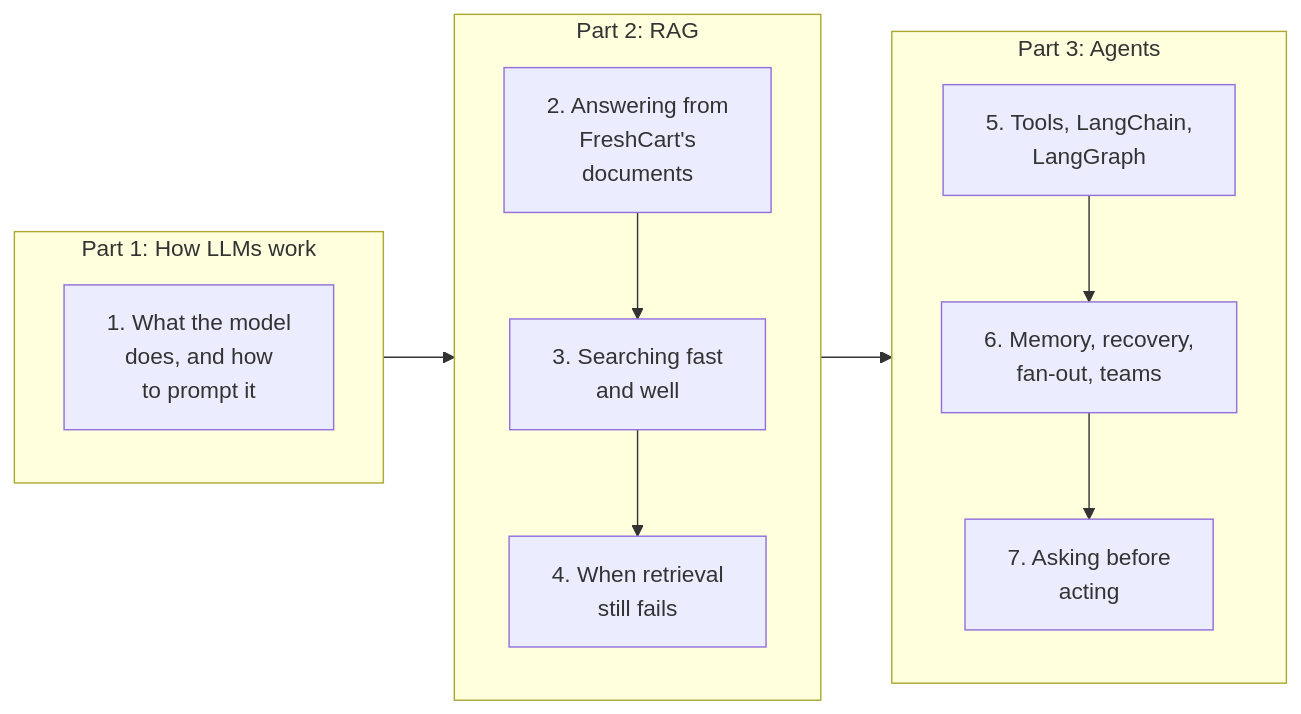
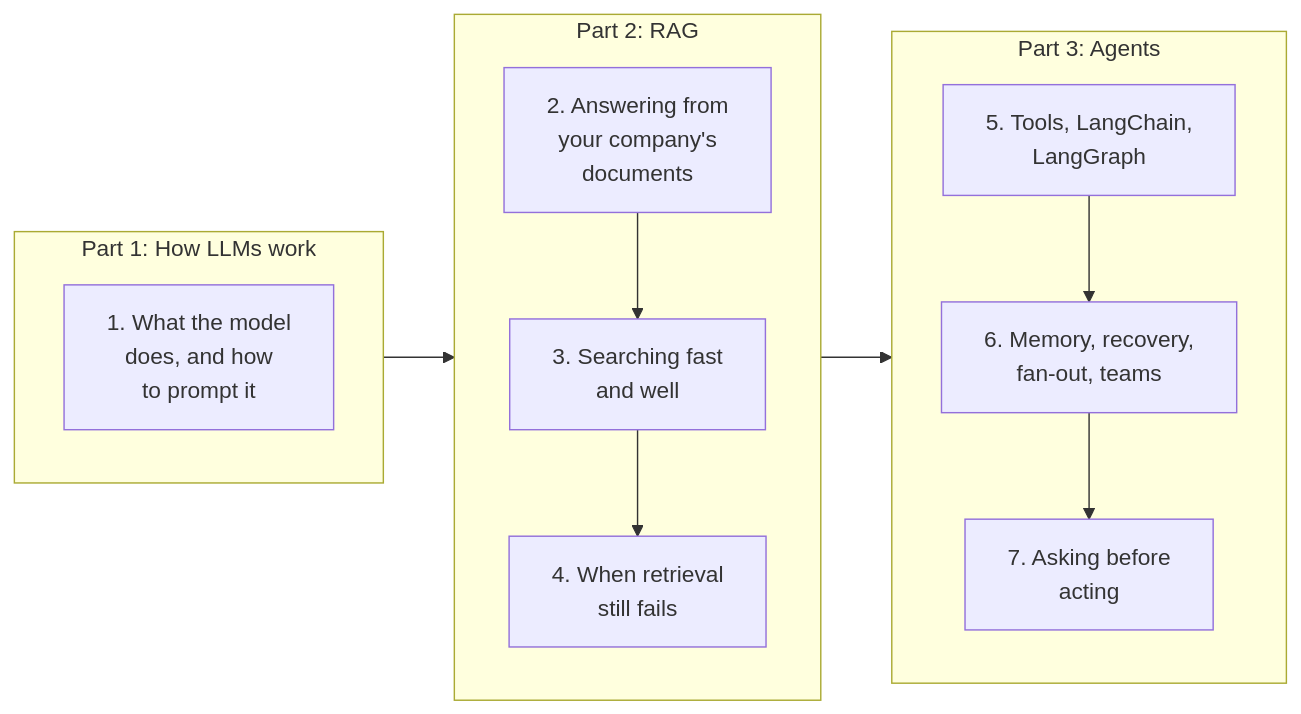
One commit to shubamchaudhary/CodeNITW changed the first of 4 diagrams in src/Data/aiStackDocs/AIE-02.md. Above: the diagram before and after it, drawn with Mermaid. The commit also changed other lines of this file and 32 other files, not shown here.

````diff
--- a/src/Data/aiStackDocs/AIE-02.md
+++ b/src/Data/aiStackDocs/AIE-02.md
@@ -17,18 +18,18 @@
 ```mermaid
 flowchart LR
     subgraph P1["Part 1: How LLMs work"]
         direction TB
         C1["1. What the model<br/>does, and how<br/>to prompt it"]
     end
     subgraph P2["Part 2: RAG"]
         direction TB
-        C2["2. Answering from<br/>FreshCart's<br/>documents"] --> C3["3. Searching fast<br/>and well"]
+        C2["2. Answering from<br/>your company's<br/>documents"] --> C3["3. Searching fast<br/>and well"]
         C3 --> C4["4. When retrieval<br/>still fails"]
     end
     subgraph P3["Part 3: Agents"]
         direction TB
         C5["5. Tools, LangChain,<br/>LangGraph"] --> C6["6. Memory, recovery,<br/>fan-out, teams"]
         C6 --> C7["7. Asking before<br/>acting"]
     end
     P1 --> P2 --> P3
 ```
````
